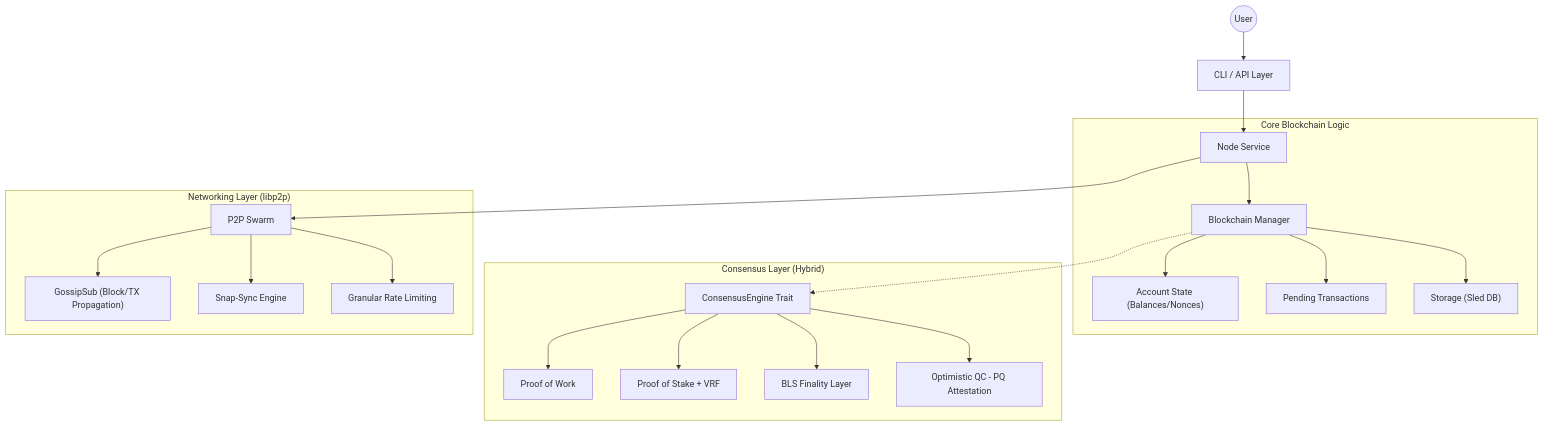
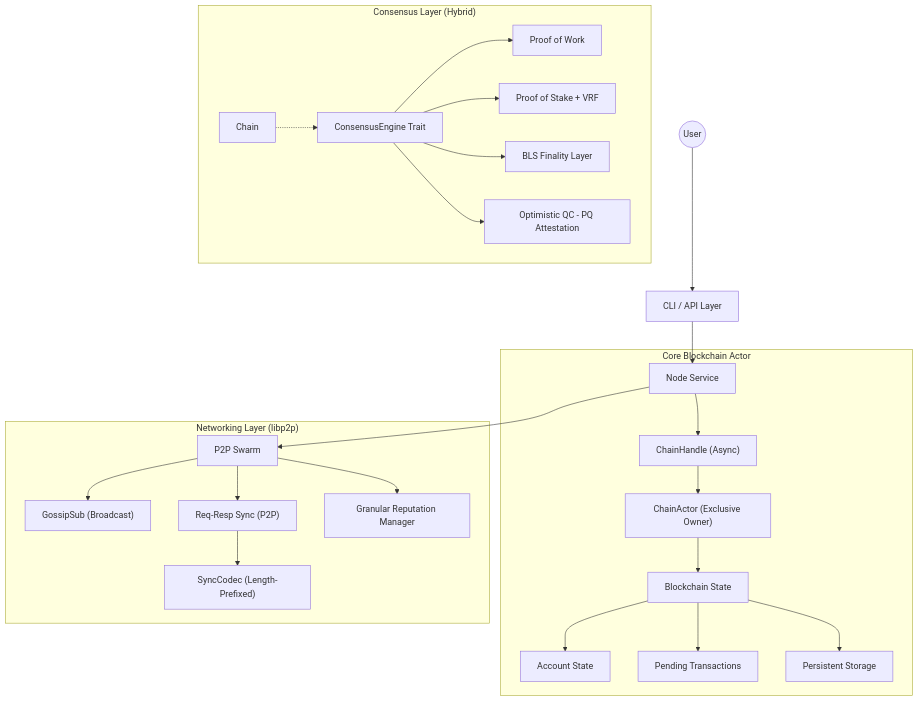
The diagram in README.md (Budlum/Budlum), drawn with Mermaid before and after one commit. The commit also changed other lines of this file and 38 other files, not shown here.

````diff
--- a/README.md
+++ b/README.md
@@ -30,27 +30,30 @@
 ```mermaid
 graph TD
     User(("User")) --> CLI["CLI / API Layer"]
     CLI --> Node["Node Service"]
     
-    subgraph "Core Blockchain Logic"
-        Node --> Chain["Blockchain Manager"]
-        Chain --> State["Account State (Balances/Nonces)"]
-        Chain --> Mempool["Pending Transactions"]
-        Chain --> Store["Storage (Sled DB)"]
+    subgraph "Core Blockchain Actor"
+        Node --> ChainHandle["ChainHandle (Async)"]
+        ChainHandle --> ChainActor["ChainActor (Exclusive Owner)"]
+        ChainActor --> Blockchain["Blockchain State"]
+        Blockchain --> State["Account State"]
+        Blockchain --> Mempool["Pending Transactions"]
+        Blockchain --> Store["Persistent Storage"]
     end
 
     subgraph "Consensus Layer (Hybrid)"
         Chain -.-> Engine["ConsensusEngine Trait"]
         Engine --> PoW["Proof of Work"]
         Engine --> PoS["Proof of Stake + VRF"]
         Engine --> Finality["BLS Finality Layer"]
         Engine --> QC["Optimistic QC - PQ Attestation"]
     end
 
     subgraph "Networking Layer (libp2p)"
         Node --> Swarm["P2P Swarm"]
-        Swarm --> Gossip["GossipSub (Block/TX Propagation)"]
-        Swarm --> Sync["Snap-Sync Engine"]
-        Swarm --> PeerMgr["Granular Rate Limiting"]
+        Swarm --> Gossip["GossipSub (Broadcast)"]
+        Swarm --> Sync["Req-Resp Sync (P2P)"]
+        Sync --> Codec["SyncCodec (Length-Prefixed)"]
+        Swarm --> PeerMgr["Granular Reputation Manager"]
     end
 ```
````
